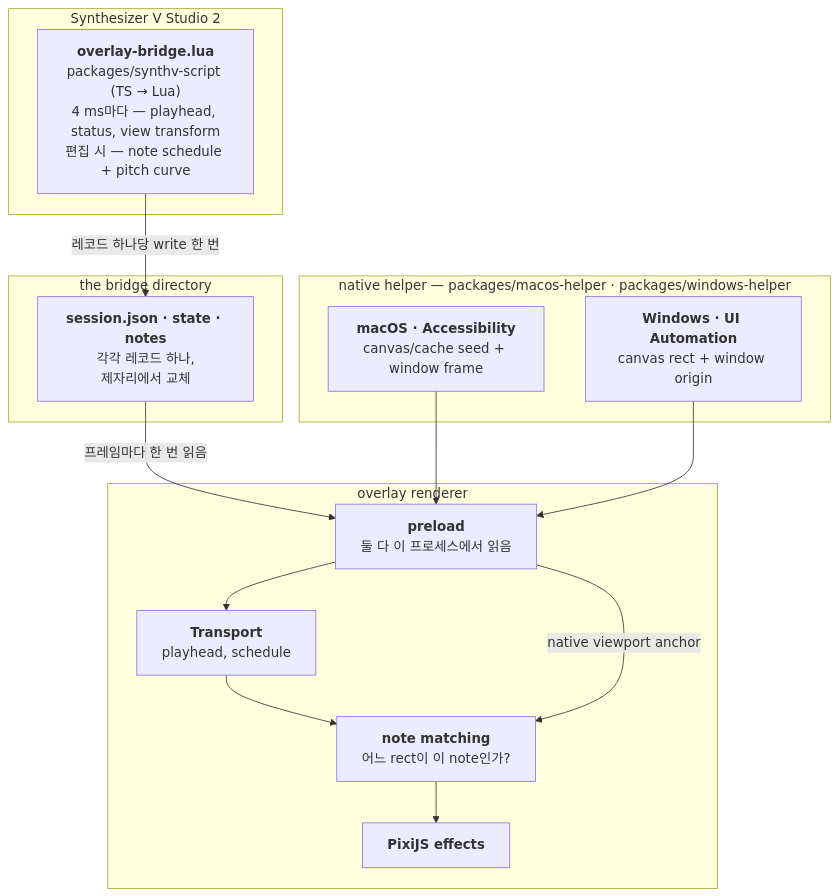
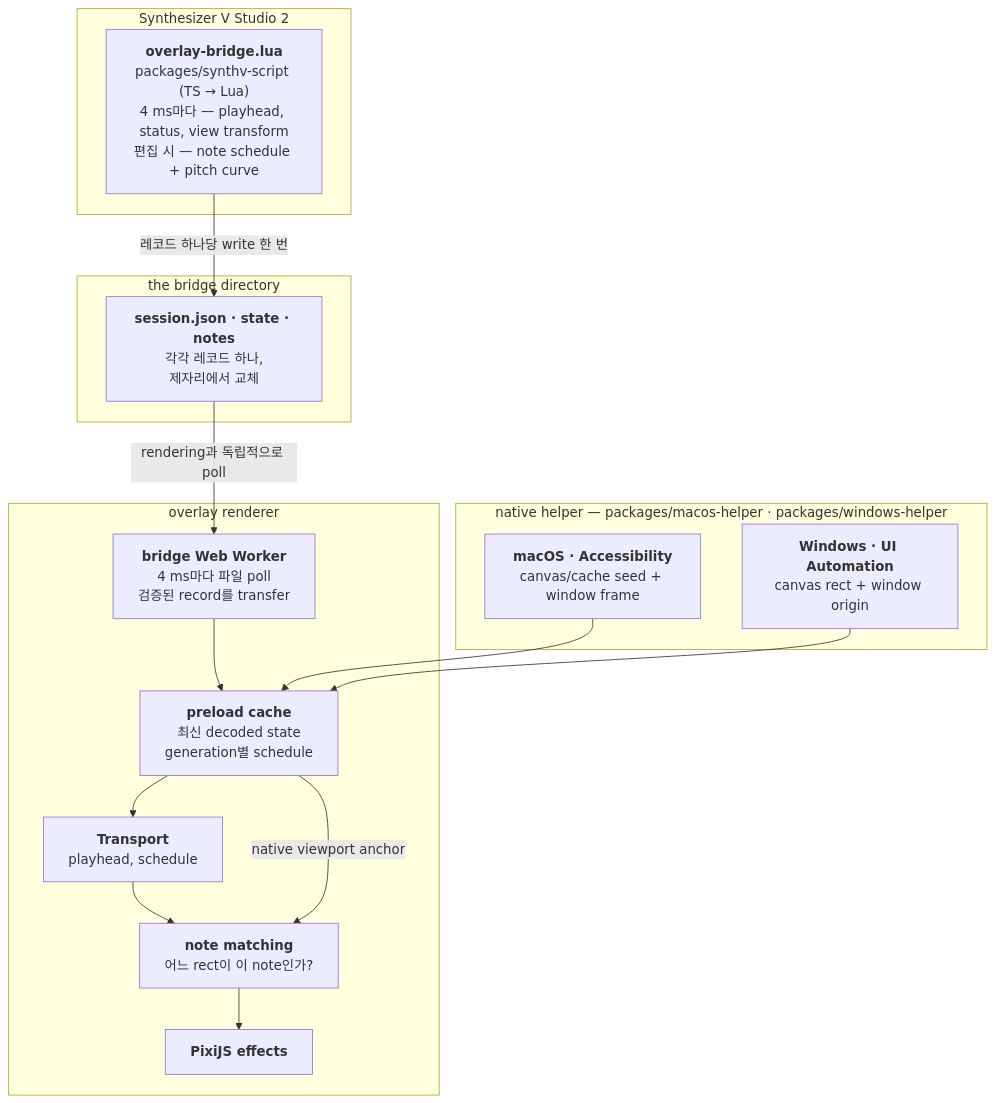
Before and after one commit to 0x1f320/karaoke-v: the diagram in docs/architecture.ko.md, drawn with Mermaid. The commit also changed other lines of this file and 31 other files, not shown here.

````diff
--- a/docs/architecture.ko.md
+++ b/docs/architecture.ko.md
@@ -24,29 +24,30 @@
 ```mermaid
 flowchart TD
     subgraph SV["Synthesizer V Studio 2"]
         script["<b>overlay-bridge.lua</b><br/>packages/synthv-script (TS → Lua)<br/>4 ms마다 — playhead, status, view transform<br/>편집 시 — note schedule + pitch curve"]
     end
 
     subgraph CH["the bridge directory"]
         files["<b>session.json · state · notes</b><br/>각각 레코드 하나,<br/>제자리에서 교체"]
     end
 
     subgraph NAT["native helper — packages/macos-helper · packages/windows-helper"]
         mac["<b>macOS · Accessibility</b><br/>canvas/cache seed + window frame"]
         win["<b>Windows · UI Automation</b><br/>canvas rect + window origin"]
     end
 
     subgraph REN["overlay renderer"]
-        preload["<b>preload</b><br/>둘 다 이 프로세스에서 읽음"]
+        worker["<b>bridge Web Worker</b><br/>4 ms마다 파일 poll<br/>검증된 record를 transfer"]
+        preload["<b>preload cache</b><br/>최신 decoded state<br/>generation별 schedule"]
         transport["<b>Transport</b><br/>playhead, schedule"]
         match["<b>note matching</b><br/>어느 rect이 이 note인가?"]
         pixi["<b>PixiJS effects</b>"]
     end
 
     script -- "레코드 하나당 write 한 번" --> files
-    files -- "프레임마다 한 번 읽음" --> preload
+    files -- "rendering과 독립적으로 poll" --> worker --> preload
     mac --> preload
     win --> preload
     preload --> transport --> match --> pixi
     preload -- "native viewport anchor" --> match
 ```
````
